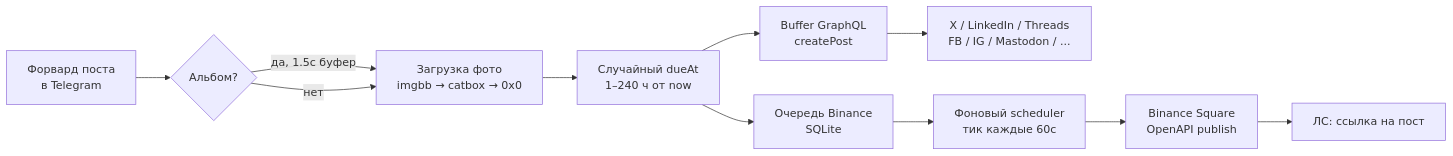
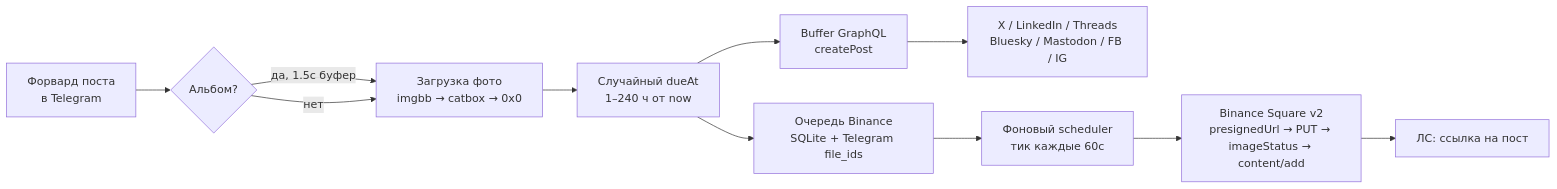
Before and after one commit to SMOService/buffer-poster-bot: the diagram in README.ru.md, drawn with Mermaid. The commit also changed other lines of this file and 26 other files, not shown here.

First line of the commit message:
release(v2.0.0): modular architecture + Binance Square v2 media flow

````diff
--- a/README.ru.md
+++ b/README.ru.md
@@ -18,13 +32,13 @@
 ```mermaid
 flowchart LR
     A[Форвард поста<br/>в Telegram] --> B{Альбом?}
     B -- да, 1.5с буфер --> C[Загрузка фото<br/>imgbb → catbox → 0x0]
     B -- нет --> C
     C --> D[Случайный dueAt<br/>1–240 ч от now]
     D --> E[Buffer GraphQL<br/>createPost]
-    D --> F[Очередь Binance<br/>SQLite]
-    E --> G[X / LinkedIn / Threads<br/>FB / IG / Mastodon / ...]
+    D --> F[Очередь Binance<br/>SQLite + Telegram file_ids]
+    E --> G[X / LinkedIn / Threads<br/>Bluesky / Mastodon / FB / IG]
     F --> H[Фоновый scheduler<br/>тик каждые 60с]
-    H --> I[Binance Square<br/>OpenAPI publish]
+    H --> I[Binance Square v2<br/>presignedUrl → PUT → imageStatus → content/add]
     I --> J[ЛС: ссылка на пост]
 ```
````
